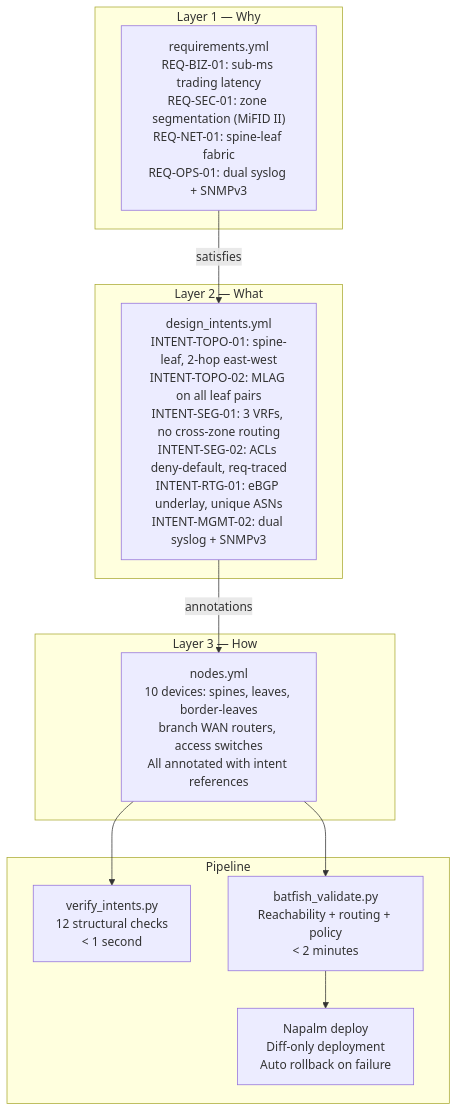
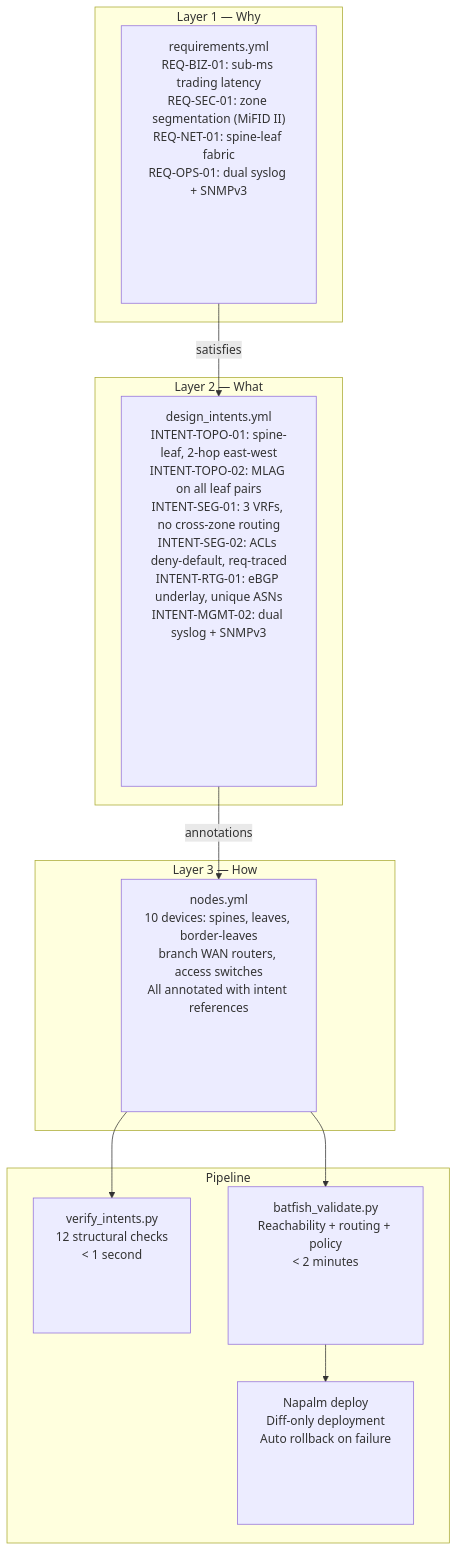
One commit to ppklau/network_automation_handbook changed the third of 4 diagrams in 06-architecture-patterns/chapter.md. Above: the diagram before and after it, drawn with Mermaid. The commit also changed other lines of this file and 12 other files, not shown here.

Commit message:
Adjusted mermaid diagrams.

````diff
--- a/06-architecture-patterns/chapter.md
+++ b/06-architecture-patterns/chapter.md
@@ -392,26 +392,26 @@
 ```mermaid
 graph TD
     subgraph "Layer 1 — Why"
-        REQ["requirements.yml<br>REQ-BIZ-01: sub-ms trading latency<br>REQ-SEC-01: zone segmentation (MiFID II)<br>REQ-NET-01: spine-leaf fabric<br>REQ-OPS-01: dual syslog + SNMPv3"]
+        REQ["<div style='min-height:340px'>requirements.yml<br>REQ-BIZ-01: sub-ms trading latency<br>REQ-SEC-01: zone segmentation (MiFID II)<br>REQ-NET-01: spine-leaf fabric<br>REQ-OPS-01: dual syslog + SNMPv3</div>"]
     end
 
     subgraph "Layer 2 — What"
-        INT["design_intents.yml<br>INTENT-TOPO-01: spine-leaf, 2-hop east-west<br>INTENT-TOPO-02: MLAG on all leaf pairs<br>INTENT-SEG-01: 3 VRFs, no cross-zone routing<br>INTENT-SEG-02: ACLs deny-default, req-traced<br>INTENT-RTG-01: eBGP underlay, unique ASNs<br>INTENT-MGMT-02: dual syslog + SNMPv3"]
+        INT["<div style='min-height:490px'>design_intents.yml<br>INTENT-TOPO-01: spine-leaf, 2-hop east-west<br>INTENT-TOPO-02: MLAG on all leaf pairs<br>INTENT-SEG-01: 3 VRFs, no cross-zone routing<br>INTENT-SEG-02: ACLs deny-default, req-traced<br>INTENT-RTG-01: eBGP underlay, unique ASNs<br>INTENT-MGMT-02: dual syslog + SNMPv3</div>"]
     end
 
     subgraph "Layer 3 — How"
-        SOT["nodes.yml<br>10 devices: spines, leaves, border-leaves<br>branch WAN routers, access switches<br>All annotated with intent references"]
+        SOT["<div style='min-height:280px'>nodes.yml<br>10 devices: spines, leaves, border-leaves<br>branch WAN routers, access switches<br>All annotated with intent references</div>"]
     end
 
     subgraph "Pipeline"
-        VERIFY["verify_intents.py<br>12 structural checks<br>< 1 second"]
-        BATFISH["batfish_validate.py<br>Reachability + routing + policy<br>< 2 minutes"]
-        DEPLOY["Napalm deploy<br>Diff-only deployment<br>Auto rollback on failure"]
+        VERIFY["<div style='min-height:150px'>verify_intents.py<br>12 structural checks<br>< 1 second</div>"]
+        BATFISH["<div style='min-height:180px'>batfish_validate.py<br>Reachability + routing + policy<br>< 2 minutes</div>"]
+        DEPLOY["<div style='min-height:160px'>Napalm deploy<br>Diff-only deployment<br>Auto rollback on failure</div>"]
     end
 
     REQ -->|"satisfies"| INT
     INT -->|"annotations"| SOT
     SOT --> VERIFY
     SOT --> BATFISH
     BATFISH --> DEPLOY
 ```
````
